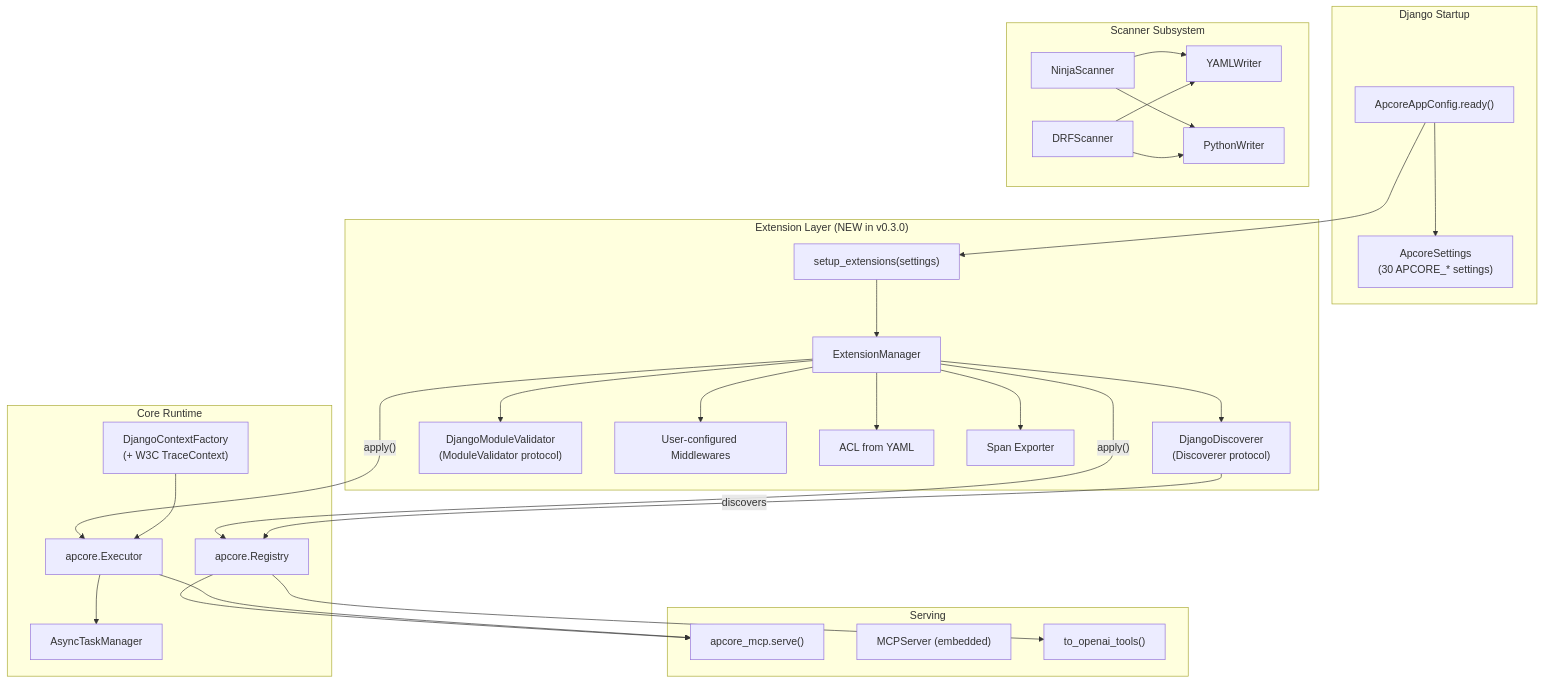
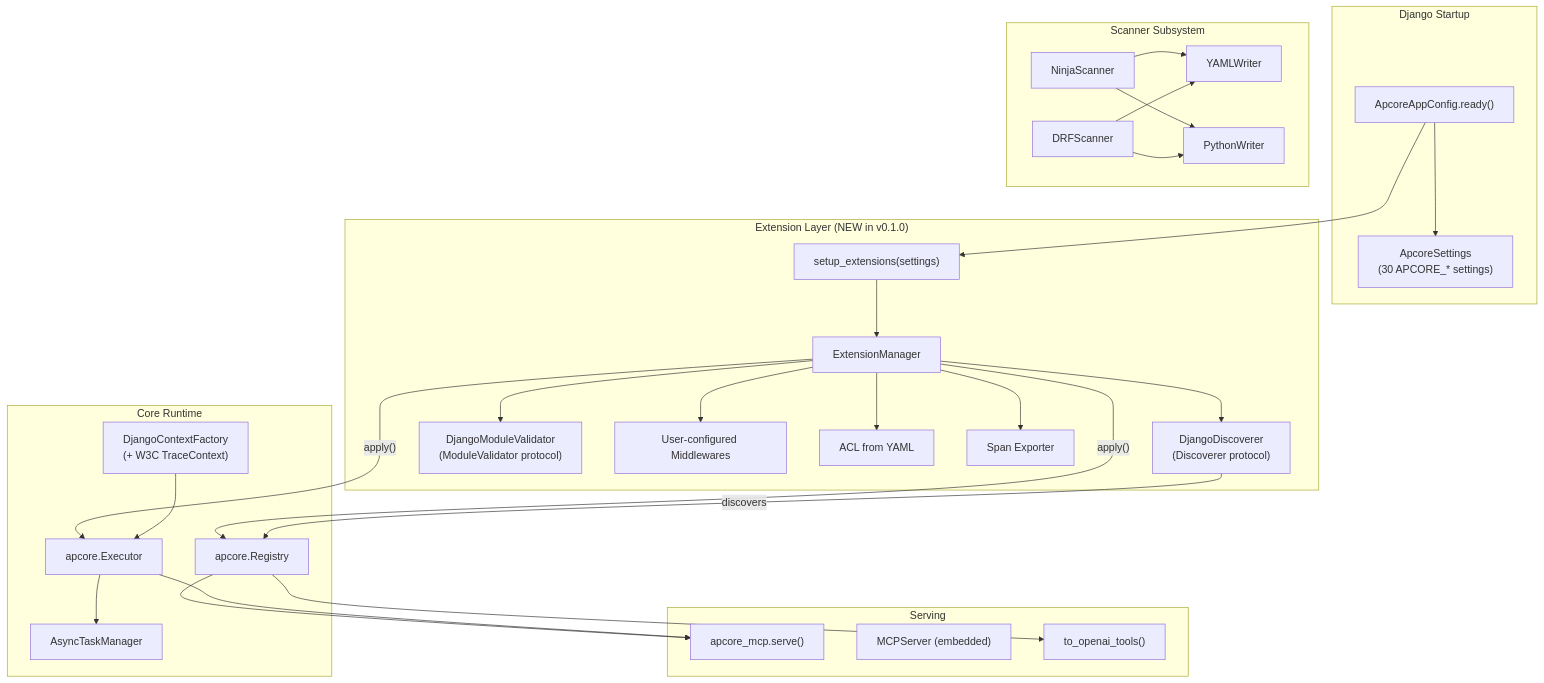
Before and after one commit to aiperceivable/django-apcore: the second of 6 diagrams in docs/django-apcore/tech-design.md, drawn with Mermaid. The commit also changed other lines of this file and 37 other files, not shown here.

````diff
--- a/docs/django-apcore/tech-design.md
+++ b/docs/django-apcore/tech-design.md
@@ -118,60 +118,60 @@
 ```mermaid
 flowchart TB
     subgraph "Django Startup"
         AppConfig["ApcoreAppConfig.ready()"]
         Settings["ApcoreSettings<br/>(30 APCORE_* settings)"]
     end
 
-    subgraph "Extension Layer (NEW in v0.3.0)"
+    subgraph "Extension Layer (NEW in v0.1.0)"
         SetupExt["setup_extensions(settings)"]
         ExtMgr["ExtensionManager"]
         Discoverer["DjangoDiscoverer<br/>(Discoverer protocol)"]
         Validator["DjangoModuleValidator<br/>(ModuleValidator protocol)"]
         MWs["User-configured Middlewares"]
         ACLExt["ACL from YAML"]
         SpanExp["Span Exporter"]
     end
 
     subgraph "Core Runtime"
         Registry["apcore.Registry"]
         Executor["apcore.Executor"]
         TaskMgr["AsyncTaskManager"]
         CtxFactory["DjangoContextFactory<br/>(+ W3C TraceContext)"]
     end
 
     subgraph "Scanner Subsystem"
         NinjaScanner["NinjaScanner"]
         DRFScanner["DRFScanner"]
         YAMLWriter["YAMLWriter"]
         PythonWriter["PythonWriter"]
     end
 
     subgraph "Serving"
         MCPServe["apcore_mcp.serve()"]
         MCPServer["MCPServer (embedded)"]
         OAIExport["to_openai_tools()"]
     end
 
     AppConfig --> Settings
     AppConfig --> SetupExt
     SetupExt --> ExtMgr
     ExtMgr --> Discoverer
     ExtMgr --> Validator
     ExtMgr --> MWs
     ExtMgr --> ACLExt
     ExtMgr --> SpanExp
 
     ExtMgr -->|"apply()"| Registry
     ExtMgr -->|"apply()"| Executor
     Discoverer -->|"discovers"| Registry
     Registry --> MCPServe
     Registry --> OAIExport
     Executor --> TaskMgr
     Executor --> MCPServe
     CtxFactory --> Executor
 
     NinjaScanner --> YAMLWriter
     DRFScanner --> YAMLWriter
     NinjaScanner --> PythonWriter
     DRFScanner --> PythonWriter
 ```
````
